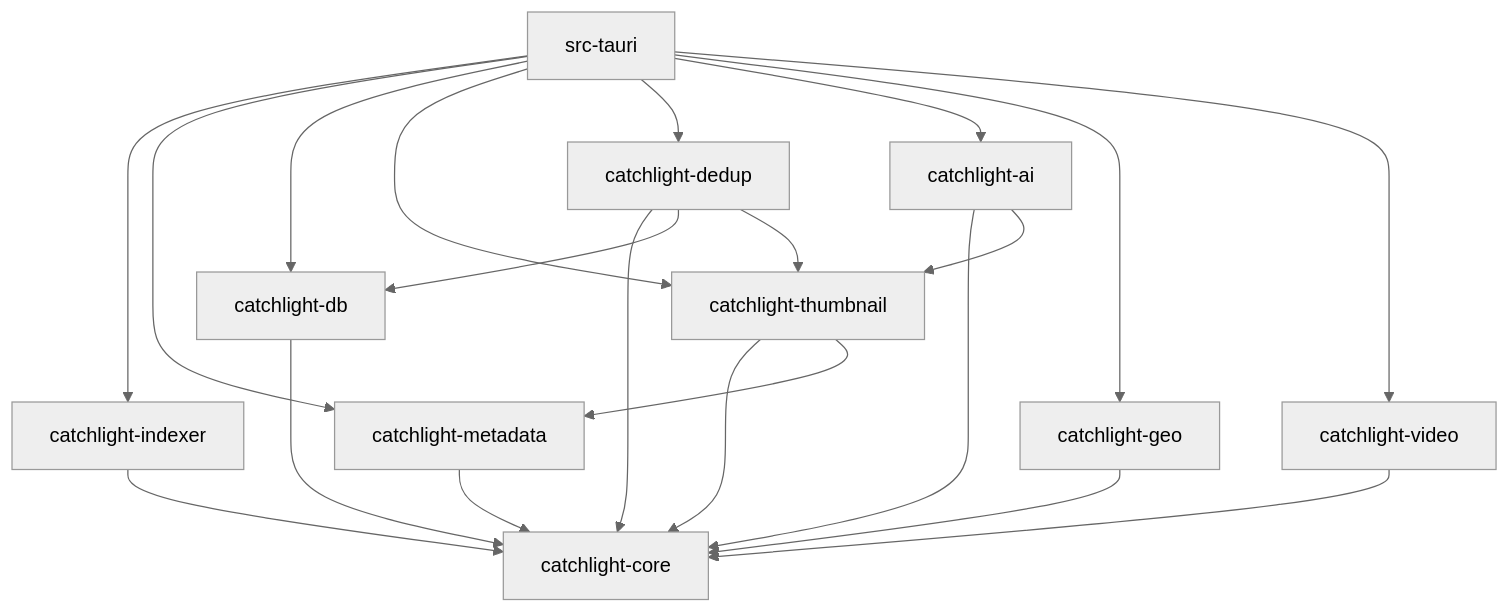
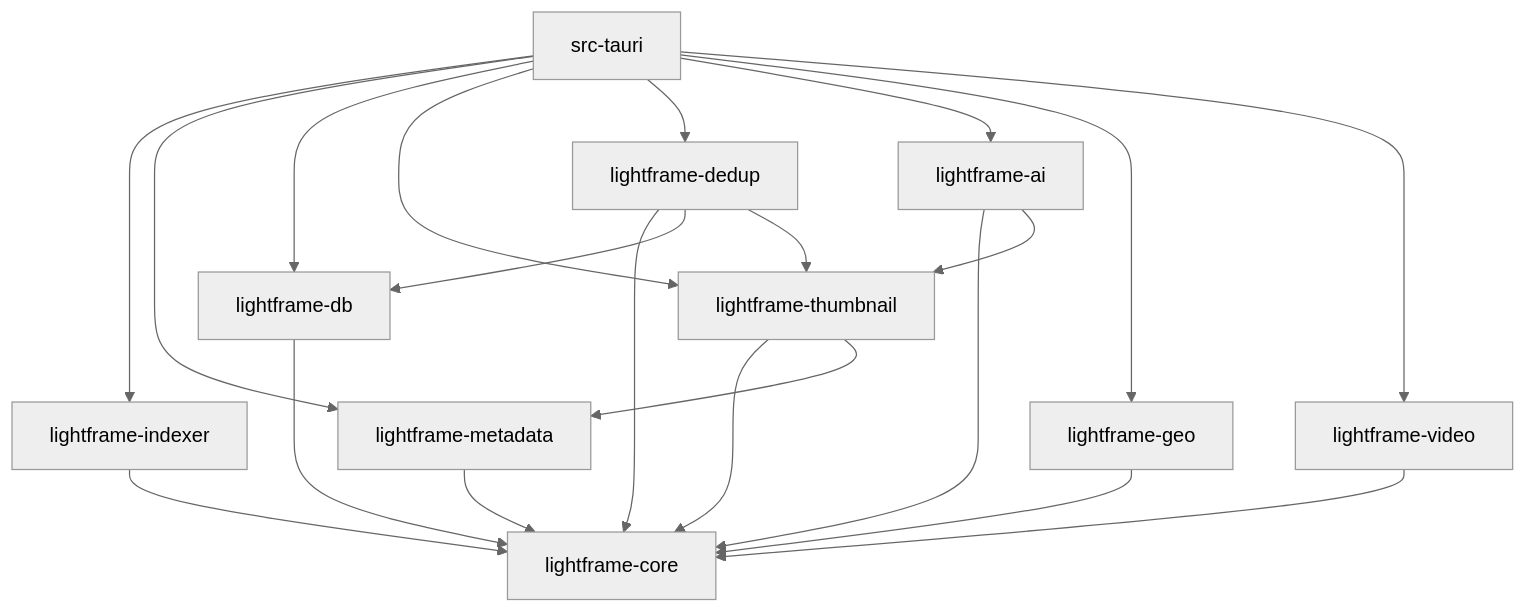
One commit to halft0n/LightFrame changed the second of 6 diagrams in docs/3-architecture.md. Above: the diagram before and after it, drawn with Mermaid (neutral theme). The commit also changed other lines of this file and 122 other files, not shown here.

First line of the commit message:
refactor: rename all catchlight-* crates to lightframe-*

````diff
--- a/docs/3-architecture.md
+++ b/docs/3-architecture.md
@@ -449,26 +449,26 @@
 ```mermaid
 graph TD
-    Core[catchlight-core]
+    Core[lightframe-core]
 
-    Indexer[catchlight-indexer] --> Core
-    Meta[catchlight-metadata] --> Core
-    DB[catchlight-db] --> Core
-    Thumb[catchlight-thumbnail] --> Core
+    Indexer[lightframe-indexer] --> Core
+    Meta[lightframe-metadata] --> Core
+    DB[lightframe-db] --> Core
+    Thumb[lightframe-thumbnail] --> Core
     Thumb --> Meta
-    Dedup[catchlight-dedup] --> Core
+    Dedup[lightframe-dedup] --> Core
     Dedup --> DB
     Dedup --> Thumb
-    AI[catchlight-ai] --> Core
+    AI[lightframe-ai] --> Core
     AI --> Thumb
-    Geo[catchlight-geo] --> Core
-    Video[catchlight-video] --> Core
+    Geo[lightframe-geo] --> Core
+    Video[lightframe-video] --> Core
 
     Tauri[src-tauri] --> Indexer
     Tauri --> Meta
     Tauri --> DB
     Tauri --> Thumb
     Tauri --> Dedup
     Tauri --> AI
     Tauri --> Geo
     Tauri --> Video
 ```
````
